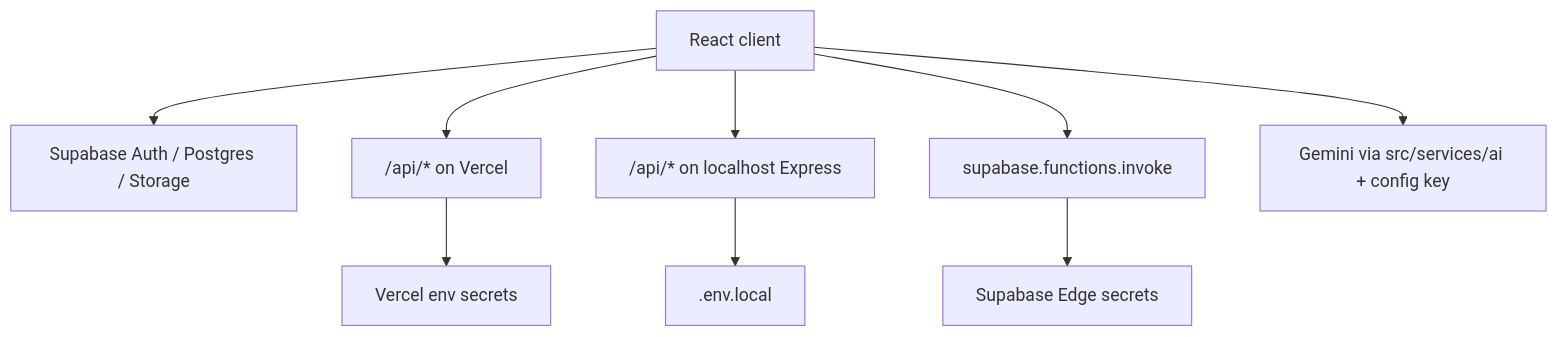
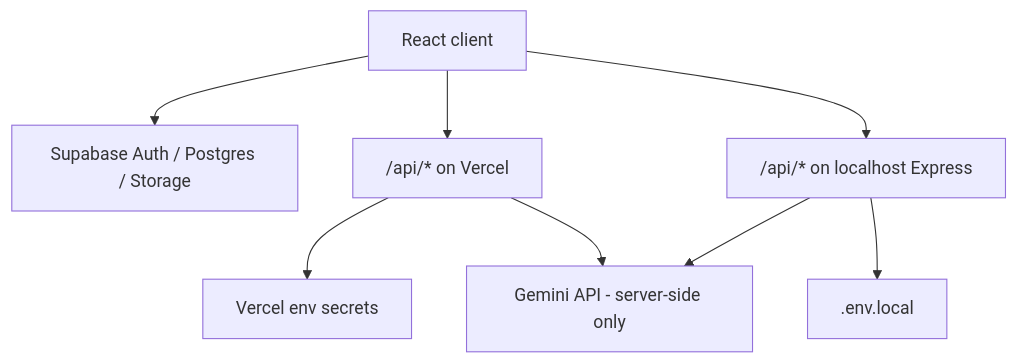
The diagram in docs/9_api_routes.md (nghiepnguyen/CVCompareTN), drawn with Mermaid before and after one commit. The commit also changed other lines of this file and 18 other files, not shown here.

First line of the commit message:
security: move Gemini API key to server-side (SEC-4)

````diff
--- a/docs/9_api_routes.md
+++ b/docs/9_api_routes.md
@@ -25,12 +26,11 @@
 ```mermaid
 flowchart TB
   Browser[React client]
   Browser --> SupabaseAuth[Supabase Auth / Postgres / Storage]
   Browser --> VercelApi["/api/* on Vercel"]
   Browser --> ExpressApi["/api/* on localhost Express"]
-  Browser --> EdgeFn[supabase.functions.invoke]
   VercelApi --> Secrets[Vercel env secrets]
+  VercelApi --> Gemini[Gemini API - server-side only]
   ExpressApi --> SecretsLocal[.env.local]
-  EdgeFn --> EdgeSecrets[Supabase Edge secrets]
-  Browser --> Gemini[Gemini via src/services/ai + config key]
+  ExpressApi --> Gemini
 ```
````
